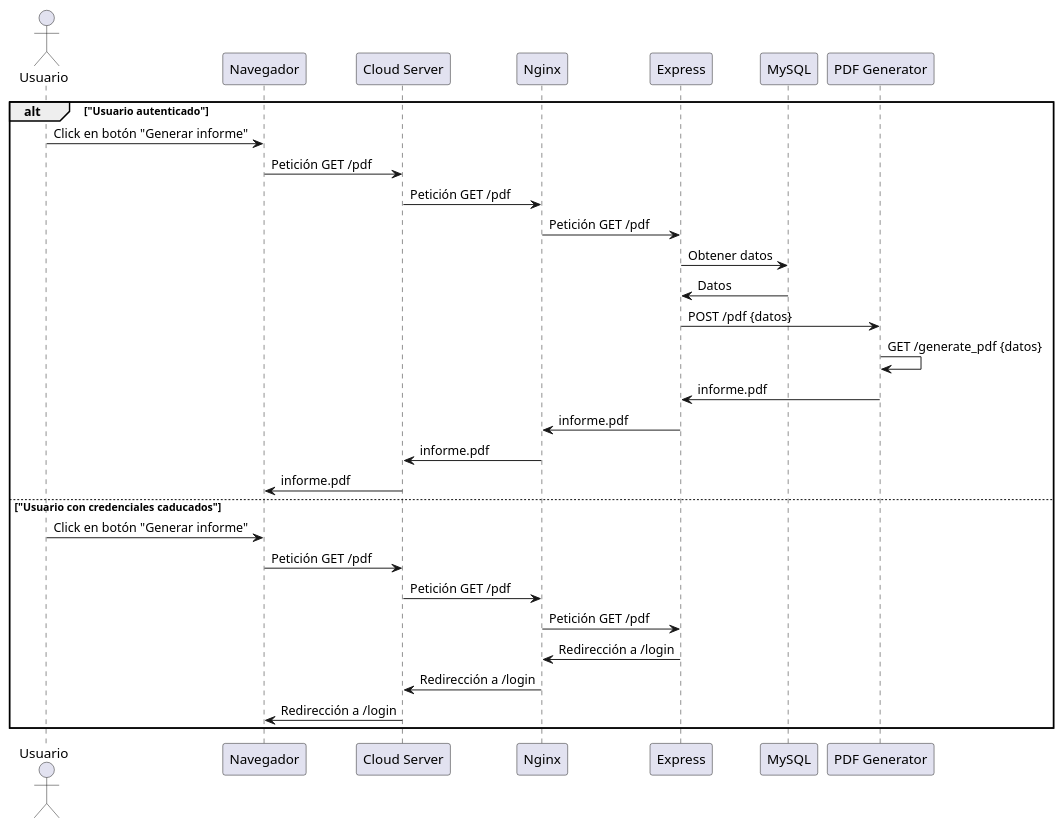
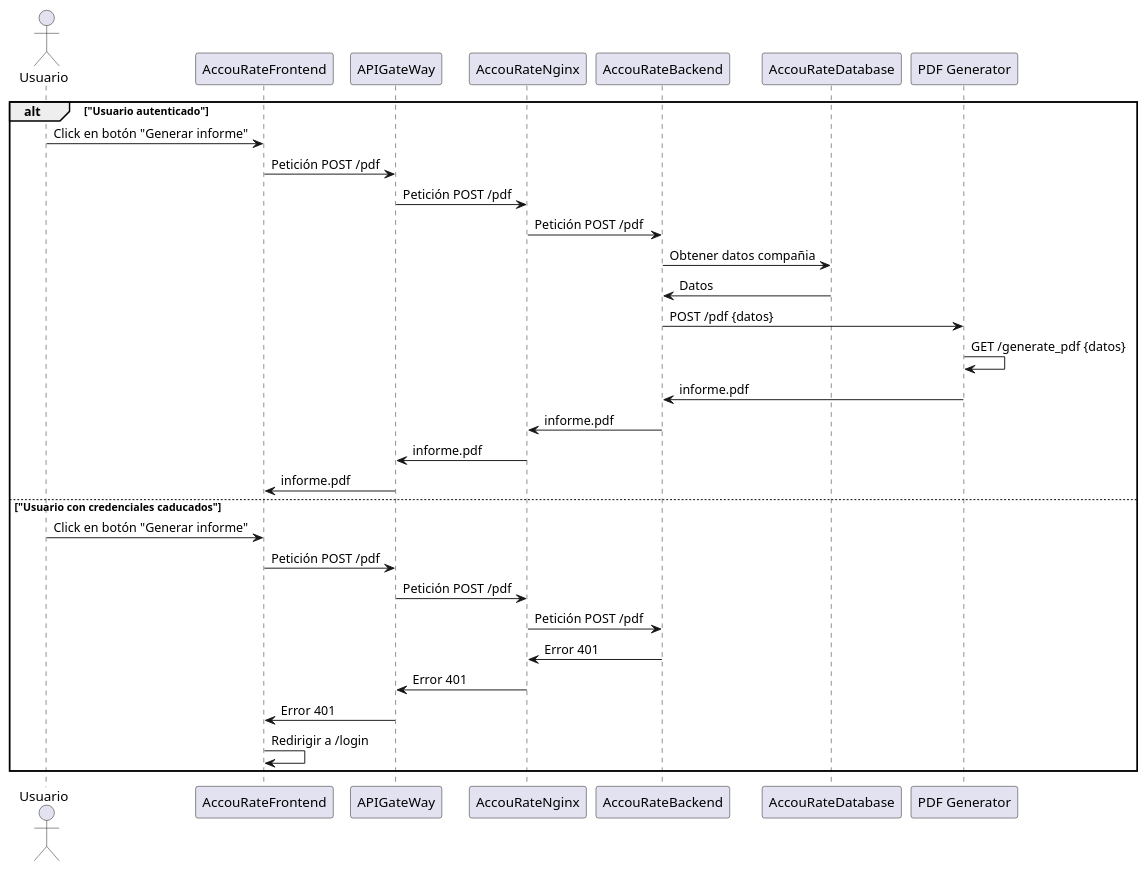
Before and after one commit to Haopeng138/UML: the diagram in DiagramaSecuenciaPdf.puml, drawn with PlantUML. The commit also changed 5 other files, not shown here.

Commit message:
feat: Agregar diagramas

```diff
--- a/DiagramaSecuenciaPdf.puml
+++ b/DiagramaSecuenciaPdf.puml
@@ -1,36 +1,37 @@
 @startuml "Diagrama de secuencia de generación de informe"
 
 actor "Usuario" as Usuario
-participant "Navegador" as N
-participant "Cloud Server" as S
-participant "Nginx" as Nginx 
-participant "Express" as Express
-participant "MySQL" as MySQL
+participant "AccouRateFrontend" as N
+participant "APIGateWay" as S
+participant "AccouRateNginx" as Nginx 
+participant "AccouRateBackend" as Express
+participant "AccouRateDatabase" as MySQL
 participant "PDF Generator" as PDF
 
 alt "Usuario autenticado"
     Usuario -> N: Click en botón "Generar informe"
-    N -> S: Petición GET /pdf
-    S -> Nginx: Petición GET /pdf
-    Nginx -> Express: Petición GET /pdf
-    Express -> MySQL: Obtener datos 
+    N -> S: Petición POST /pdf
+    S -> Nginx: Petición POST /pdf
+    Nginx -> Express: Petición POST /pdf
+    Express -> MySQL: Obtener datos compañia 
     MySQL -> Express: Datos 
     Express -> PDF: POST /pdf {datos}
     PDF -> PDF: GET /generate_pdf {datos}
     PDF -> Express: informe.pdf
     Express -> Nginx: informe.pdf
     Nginx -> S: informe.pdf
     S -> N: informe.pdf
 else "Usuario con credenciales caducados"
     Usuario -> N: Click en botón "Generar informe"
-    N -> S: Petición GET /pdf
-    S -> Nginx: Petición GET /pdf
-    Nginx -> Express: Petición GET /pdf
-    Express -> Nginx: Redirección a /login
-    Nginx -> S: Redirección a /login
-    S -> N: Redirección a /login
+    N -> S: Petición POST /pdf
+    S -> Nginx: Petición POST /pdf
+    Nginx -> Express: Petición POST /pdf
+    Express -> Nginx: Error 401
+    Nginx -> S: Error 401
+    S -> N: Error 401
+    N -> N: Redirigir a /login
 end
 
 
 
 @enduml
```
